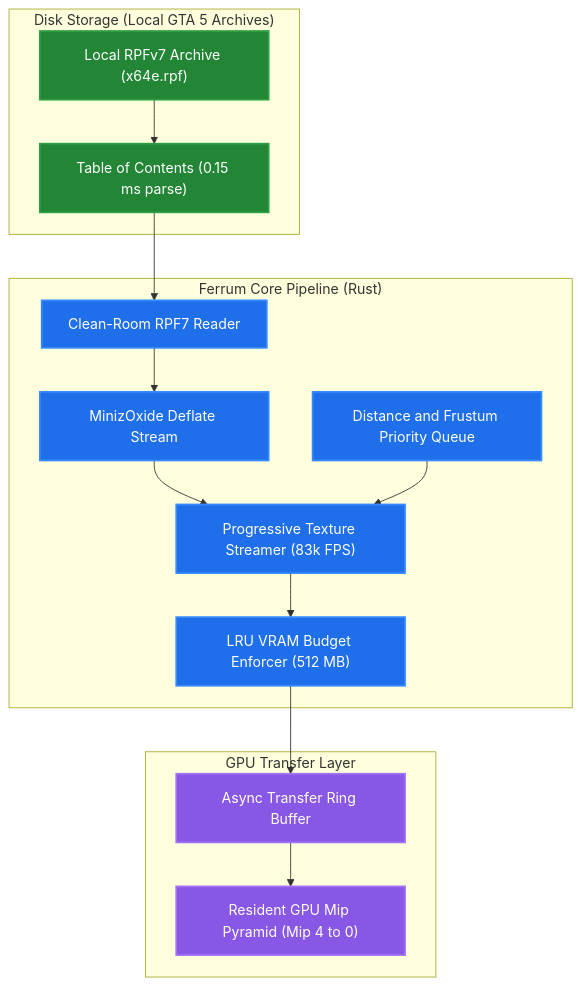
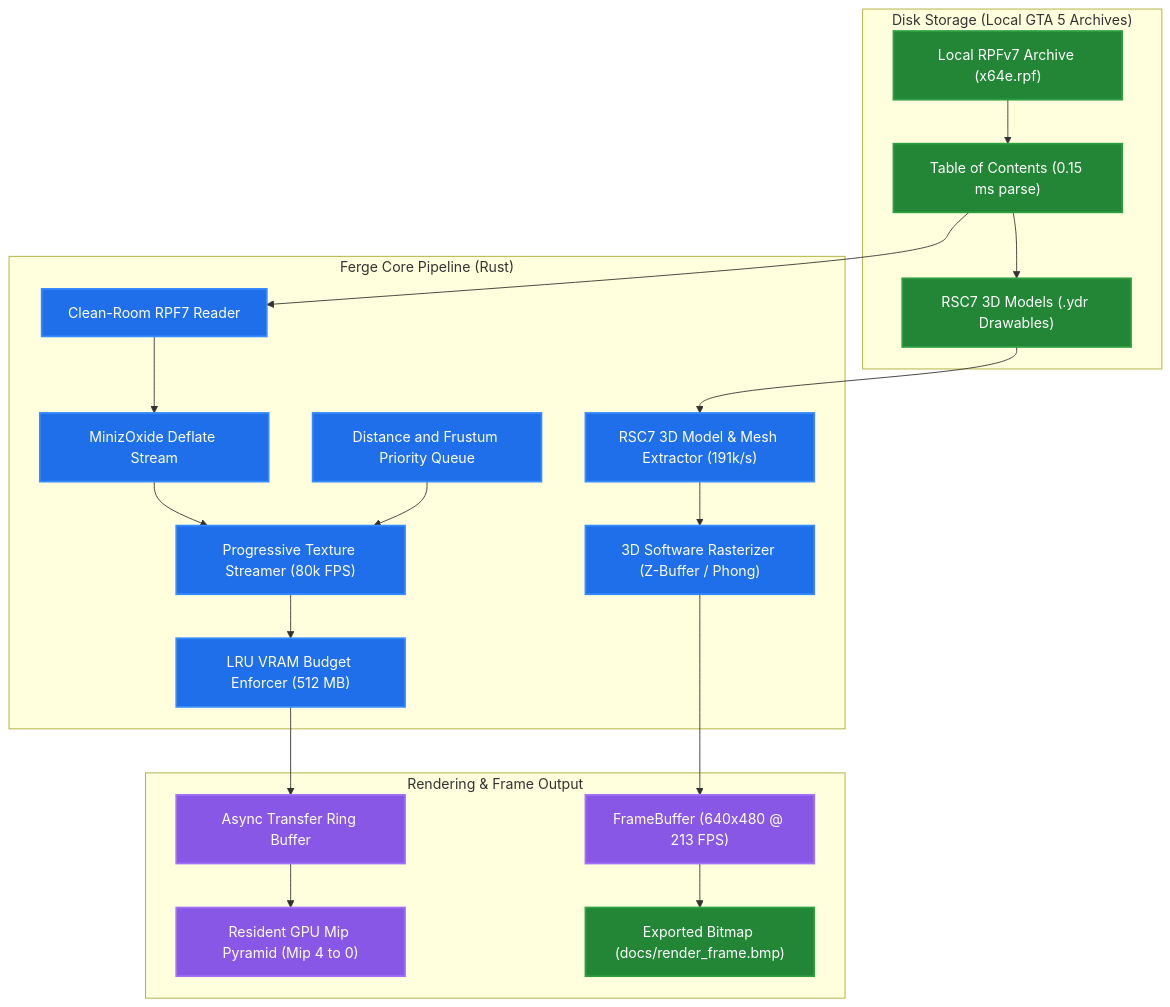
One commit to steoward/Ferge changed the diagram in README.md. Above: the diagram before and after it, drawn with Mermaid. The commit also changed other lines of this file and 20 other files, not shown here.

Commit message:
feat: rebrand to Ferge (Fe Rust Game Engine), add RSC7 3D pipeline & Software Rasterizer, fix SVG overlap and add Arabic docs

````diff
--- a/README.md
+++ b/README.md
@@ -22,33 +24,43 @@
 ```mermaid
 flowchart TD
     classDef storage fill:#238636,stroke:#2ea043,stroke-width:2px,color:#ffffff;
     classDef rust fill:#1f6feb,stroke:#388bfd,stroke-width:2px,color:#ffffff;
     classDef gpu fill:#8957e5,stroke:#a371f7,stroke-width:2px,color:#ffffff;
 
     subgraph Disk["Disk Storage (Local GTA 5 Archives)"]
         RPF["Local RPFv7 Archive (x64e.rpf)"]:::storage
         TOC["Table of Contents (0.15 ms parse)"]:::storage
+        YDR["RSC7 3D Models (.ydr Drawables)"]:::storage
     end
 
-    subgraph Ferrum["Ferrum Core Pipeline (Rust)"]
+    subgraph Ferge["Ferge Core Pipeline (Rust)"]
         Reader["Clean-Room RPF7 Reader"]:::rust
+        RscParser["RSC7 3D Model & Mesh Extractor (191k/s)"]:::rust
         PQ["Distance and Frustum Priority Queue"]:::rust
         Decomp["MinizOxide Deflate Stream"]:::rust
-        Streamer["Progressive Texture Streamer (83k FPS)"]:::rust
+        Streamer["Progressive Texture Streamer (80k FPS)"]:::rust
         VRAM["LRU VRAM Budget Enforcer (512 MB)"]:::rust
+        Rasterizer["3D Software Rasterizer (Z-Buffer / Phong)"]:::rust
     end
 
-    subgraph Output["GPU Transfer Layer"]
+    subgraph Output["Rendering & Frame Output"]
         Ring["Async Transfer Ring Buffer"]:::gpu
         GPU["Resident GPU Mip Pyramid (Mip 4 to 0)"]:::gpu
+        FB["FrameBuffer (640x480 @ 213 FPS)"]:::gpu
+        BMP["Exported Bitmap (docs/render_frame.bmp)"]:::storage
     end
 
     RPF --> TOC
     TOC --> Reader
     Reader --> Decomp
     Decomp --> Streamer
+    TOC --> YDR
+    YDR --> RscParser
+    RscParser --> Rasterizer
     PQ --> Streamer
     Streamer --> VRAM
     VRAM --> Ring
     Ring --> GPU
+    Rasterizer --> FB
+    FB --> BMP
 ```
````
